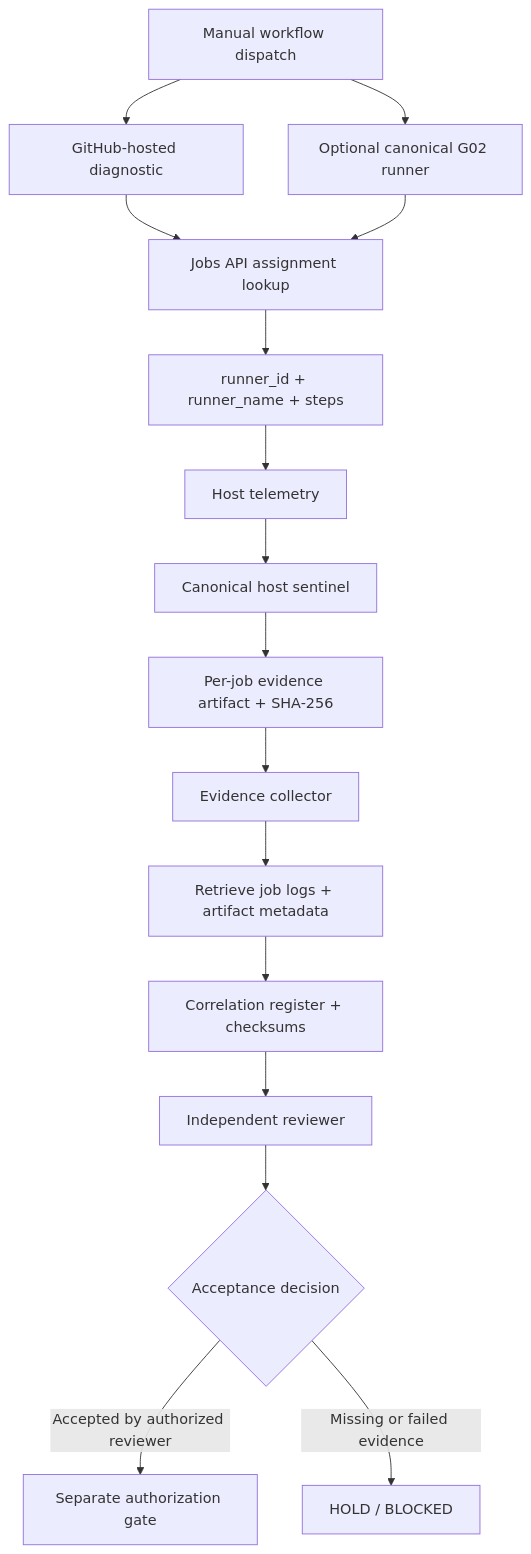
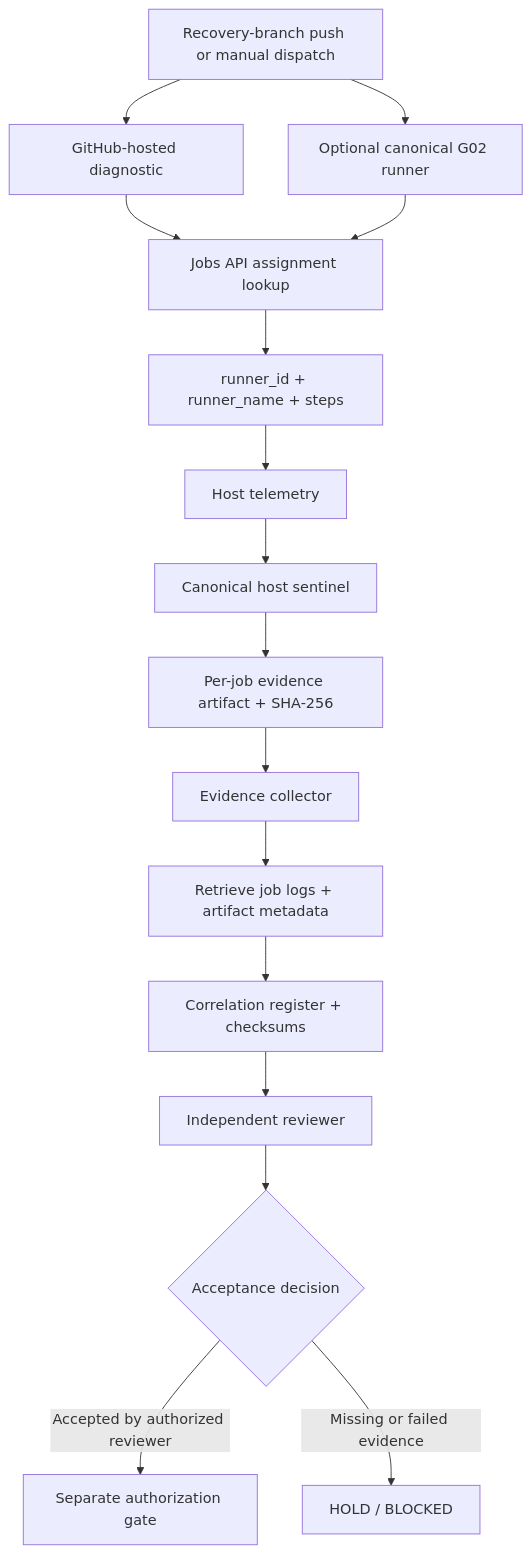
One commit to thelingolegacy-blip/TheLingoLegacy changed the diagram in docs/g02/evidence-and-acceptance-design.md. Above: the diagram before and after it, drawn with Mermaid. The commit also changed other lines of this file, not shown here.

Commit message:
docs(g02): clarify scoped recovery-branch diagnostic trigger

````diff
--- a/docs/g02/evidence-and-acceptance-design.md
+++ b/docs/g02/evidence-and-acceptance-design.md
@@ -12,18 +12,18 @@
 ```mermaid
 flowchart TD
-  A[Manual workflow dispatch] --> B[GitHub-hosted diagnostic]
+  A[Recovery-branch push or manual dispatch] --> B[GitHub-hosted diagnostic]
   A --> C[Optional canonical G02 runner]
   B --> D[Jobs API assignment lookup]
   C --> D
   D --> E[runner_id + runner_name + steps]
   E --> F[Host telemetry]
   F --> G[Canonical host sentinel]
   G --> H[Per-job evidence artifact + SHA-256]
   H --> I[Evidence collector]
   I --> J[Retrieve job logs + artifact metadata]
   J --> K[Correlation register + checksums]
   K --> L[Independent reviewer]
   L --> M{Acceptance decision}
   M -->|Accepted by authorized reviewer| N[Separate authorization gate]
   M -->|Missing or failed evidence| O[HOLD / BLOCKED]
 ```
````
